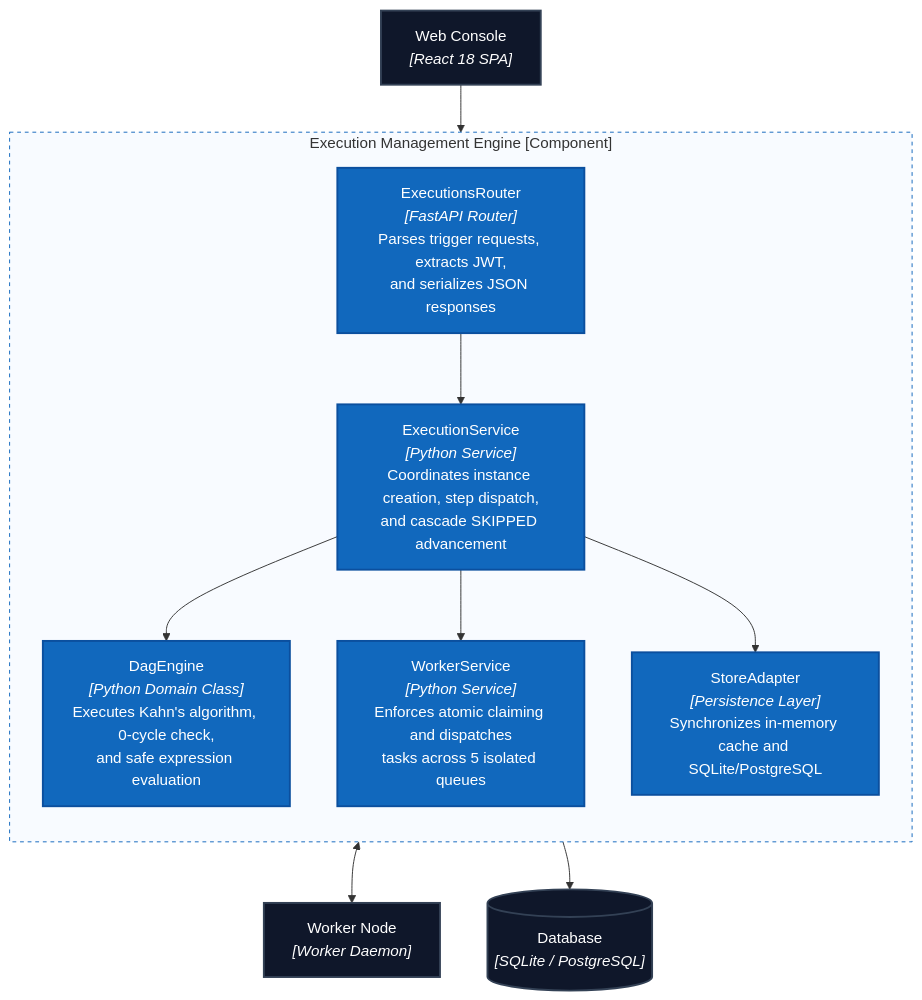
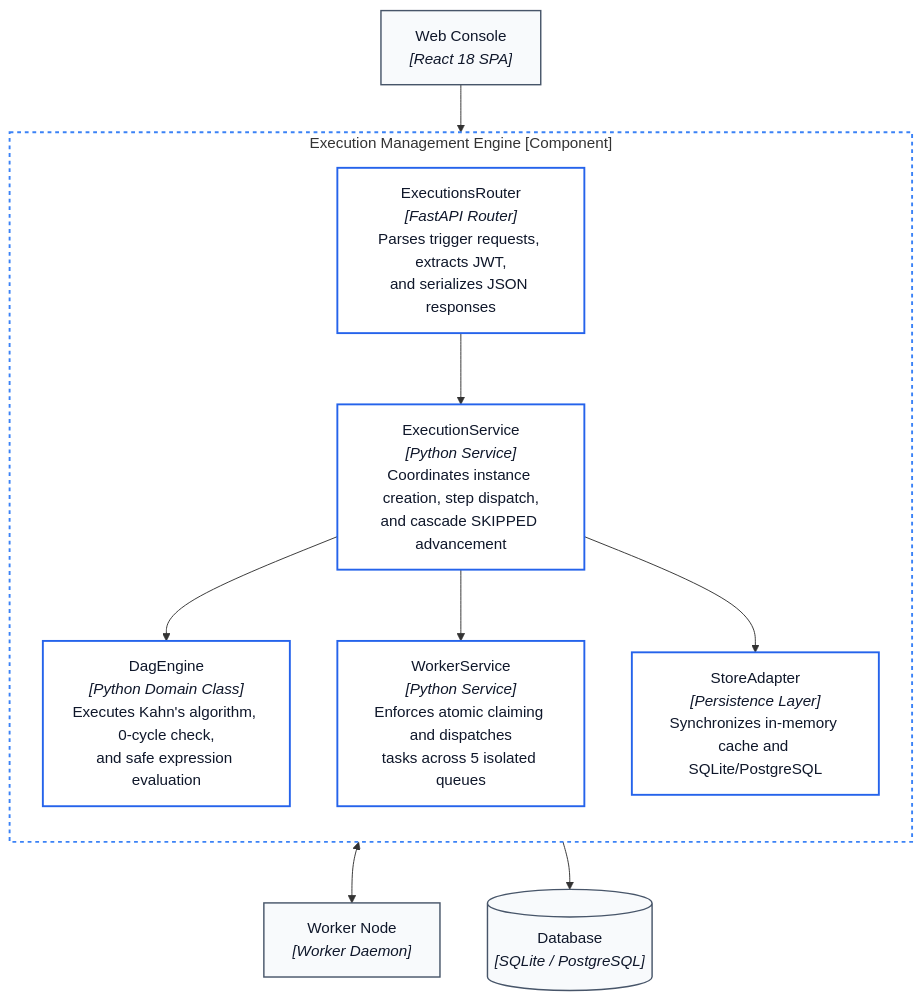
One commit to AnCoder1310/FlowForge changed the sixth of 11 diagrams in README.md. Above: the diagram before and after it, drawn with Mermaid. The commit also changed other lines of this file and 3 other files, not shown here.

Commit message:
docs & diagrams: redraw architecture diagrams to clean light theme and update README

````diff
--- a/README.md
+++ b/README.md
@@ -646,30 +648,30 @@
 ```mermaid
 flowchart TB
     subgraph executionEngine["Execution Management Engine [Component]"]
         direction TB
         handler["ExecutionsRouter<br/><i>[FastAPI Router]</i><br/>Parses trigger requests, extracts JWT,<br/>and serializes JSON responses"]
         service["ExecutionService<br/><i>[Python Service]</i><br/>Coordinates instance creation, step dispatch,<br/>and cascade SKIPPED advancement"]
         engine["DagEngine<br/><i>[Python Domain Class]</i><br/>Executes Kahn's algorithm, 0-cycle check,<br/>and safe expression evaluation"]
         queue["WorkerService<br/><i>[Python Service]</i><br/>Enforces atomic claiming and dispatches<br/>tasks across 5 isolated queues"]
         store["StoreAdapter<br/><i>[Persistence Layer]</i><br/>Synchronizes in-memory cache and SQLite/PostgreSQL"]
 
         handler --> service
         service --> engine
         service --> queue
         service --> store
     end
 
     web["Web Console<br/><i>[React 18 SPA]</i>"]
     worker["Worker Node<br/><i>[Worker Daemon]</i>"]
     db[("Database<br/><i>[SQLite / PostgreSQL]</i>")]
 
     web --> handler
     queue <--> worker
     store --> db
 
-    classDef comp fill:#1168bd,color:#fff,stroke:#0b4f9e,stroke-width:2px;
-    classDef ext fill:#0f172a,color:#fff,stroke:#334155,stroke-width:2px;
+    classDef comp fill:#ffffff,color:#0f172a,stroke:#2563eb,stroke-width:2px;
+    classDef ext fill:#f8fafc,color:#0f172a,stroke:#475569,stroke-width:1.5px;
     class handler,service,engine,queue,store comp
     class web,worker,db ext
-    style executionEngine fill:#f8fbff,stroke:#1168bd,stroke-dasharray:4 4
+    style executionEngine fill:#ffffff,stroke:#3b82f6,stroke-width:2px,stroke-dasharray:4 4
 ```
````
